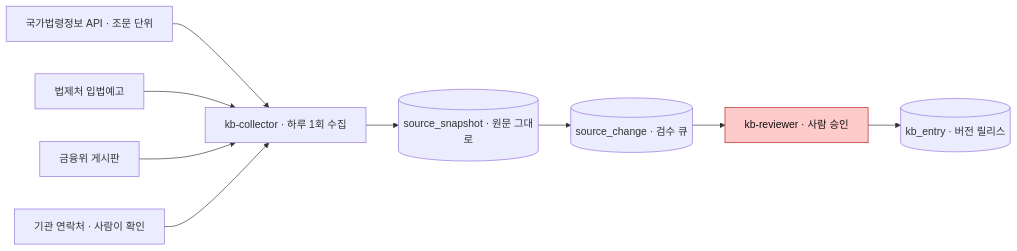
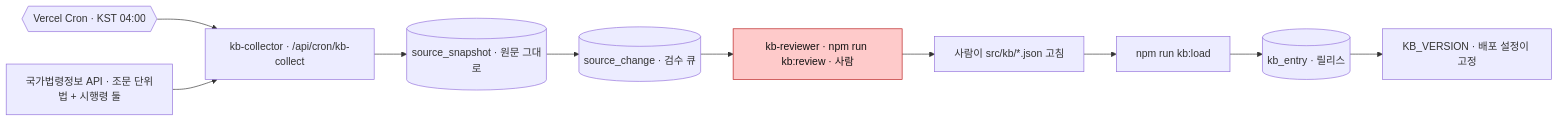
Before and after one commit to Dojaegyum/fsec-ai-challenge: the fifth of 9 diagrams in ARCHITECTURE.md, drawn with Mermaid. The commit also changed other lines of this file and 9 other files, not shown here.

First line of the commit message:
ARCHITECTURE.md 를 2026-09-06 main 기준으로 다시 쓴다 — 앱 밖 모델 서비스 · 볼트 · 크론 셋 · 실제 데이터 흐름을 그리고 미결 절은 없앤다 (doc-gardening 셋째 손질)

````diff
--- a/ARCHITECTURE.md
+++ b/ARCHITECTURE.md
@@ -228,14 +307,13 @@
 ```mermaid
 flowchart LR
-    LAW["국가법령정보 API · 조문 단위"] --> COL["kb-collector · 하루 1회 수집"]
-    PRE["법제처 입법예고"] --> COL
-    RSS["금융위 게시판"] --> COL
-    HUMAN["기관 연락처 · 사람이 확인"] --> COL
-
+    CRON1{{"Vercel Cron · KST 04:00"}} --> COL["kb-collector · /api/cron/kb-collect"]
+    LAW["국가법령정보 API · 조문 단위<br/>법 + 시행령 둘"] --> COL
     COL --> SNAP[("source_snapshot · 원문 그대로")]
     SNAP --> CHG[("source_change · 검수 큐")]
-    CHG --> REV["kb-reviewer · 사람 승인"]
-    REV --> KB[("kb_entry · 버전 릴리스")]
+    CHG --> REV["kb-reviewer · npm run kb:review · 사람"]
+    REV --> FILE["사람이 src/kb/*.json 고침"]
+    FILE --> LOAD["npm run kb:load"] --> KB[("kb_entry · 릴리스")]
+    KB --> PIN["KB_VERSION · 배포 설정이 고정"]
 
     style REV fill:#fecaca,stroke:#b91c1c,color:#111
 ```
````
